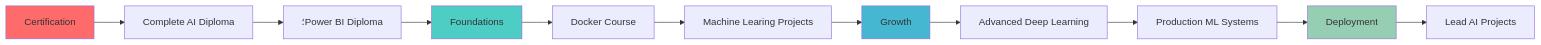
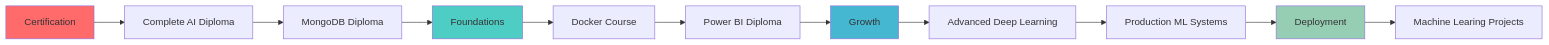
The diagram in README.md (SabryAlaa10/SabryAlaa10), drawn with Mermaid before and after one commit. The commit also changed other lines of this file, not shown here.

````diff
--- a/README.md
+++ b/README.md
@@ -456,18 +456,18 @@
 ```mermaid
 graph LR
     A[Certification] --> B[Complete AI Diploma]
-    B --> C[؛Power BI Diploma]
+    B --> C[MongoDB Diploma]
     C --> D[Foundations]
     D --> E[Docker Course]
-    E --> F[Machine Learing Projects]
+    E --> F[Power BI Diploma]
     F --> G[Growth]
     G --> H[Advanced Deep Learning]
     H --> I[Production ML Systems]
     I --> J[Deployment]
-    J --> K[Lead AI Projects]
+    J --> K[Machine Learing Projects]
     
     style A fill:#ff6b6b
     style D fill:#4ecdc4
     style G fill:#45b7d1
     style J fill:#96ceb4
 ```
````
